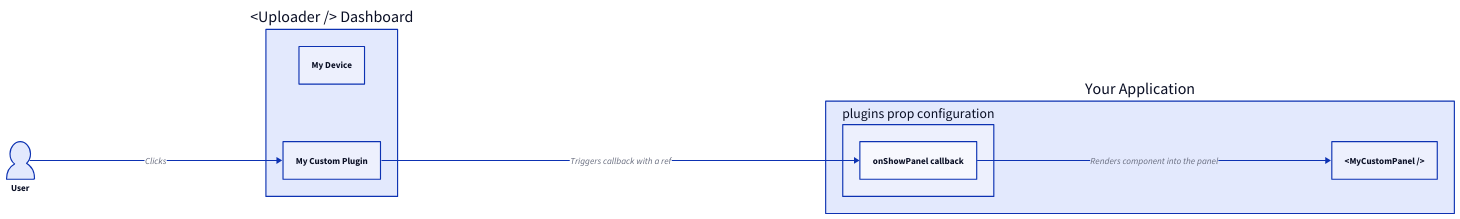
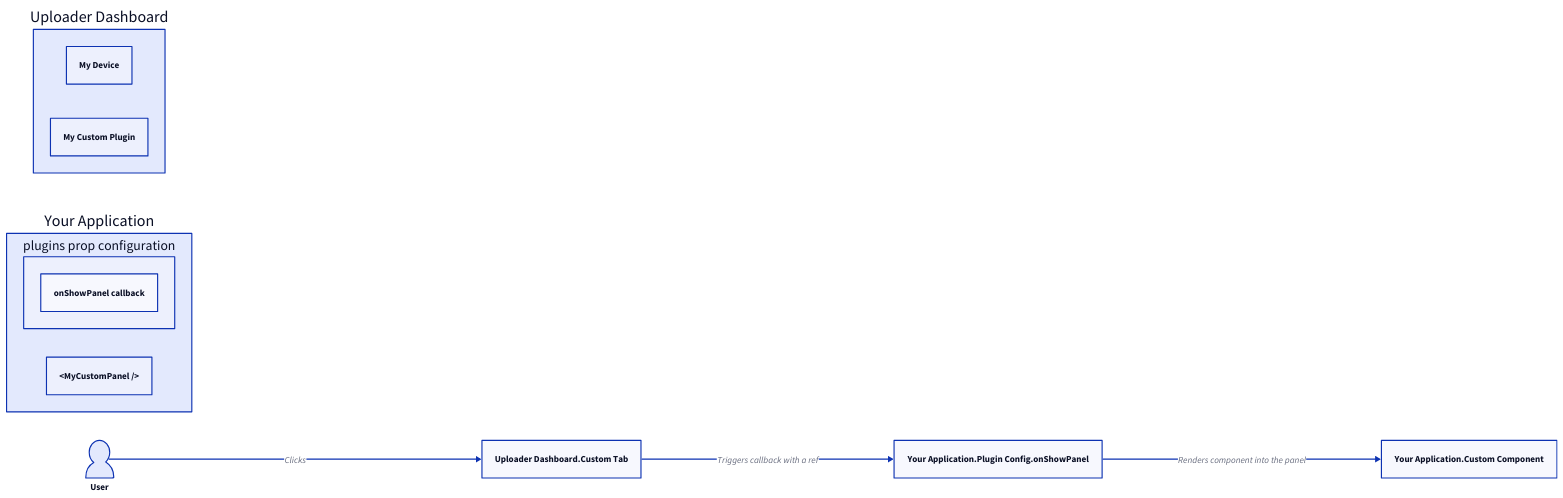
The diagram in .aigne/doc-smith/docs/guides-custom-plugin.md (blocklet/media-kit), drawn with D2 before and after one commit. The commit also changed 19 other files, not shown here.

````diff
--- a/.aigne/doc-smith/docs/guides-custom-plugin.md
+++ b/.aigne/doc-smith/docs/guides-custom-plugin.md
@@ -13,24 +13,24 @@
 ```d2
 direction: right
 
-User: {
+"User": {
   shape: person
 }
 
-UploaderDashboard: "<Uploader /> Dashboard" {
-  MyDevice: "My Device"
-  CustomTab: "My Custom Plugin"
+"Uploader Dashboard": {
+  "My Device": "My Device"
+  "Custom Tab": "My Custom Plugin"
 }
 
-App: "Your Application" {
-  PluginConfig: "plugins prop configuration" {
-    onShowPanel: "onShowPanel callback"
+"Your Application": {
+  "Plugin Config": "plugins prop configuration" {
+    "onShowPanel": "onShowPanel callback"
   }
-  CustomComponent: "<MyCustomPanel />"
+  "Custom Component": "<MyCustomPanel />"
 }
 
-User -> UploaderDashboard.CustomTab: Clicks
-UploaderDashboard.CustomTab -> App.PluginConfig.onShowPanel: "Triggers callback with a ref"
-App.PluginConfig.onShowPanel -> App.CustomComponent: "Renders component into the panel"
+"User" -> "Uploader Dashboard.Custom Tab": Clicks
+"Uploader Dashboard.Custom Tab" -> "Your Application.Plugin Config.onShowPanel": "Triggers callback with a ref"
+"Your Application.Plugin Config.onShowPanel" -> "Your Application.Custom Component": "Renders component into the panel"
 
 ```
````
